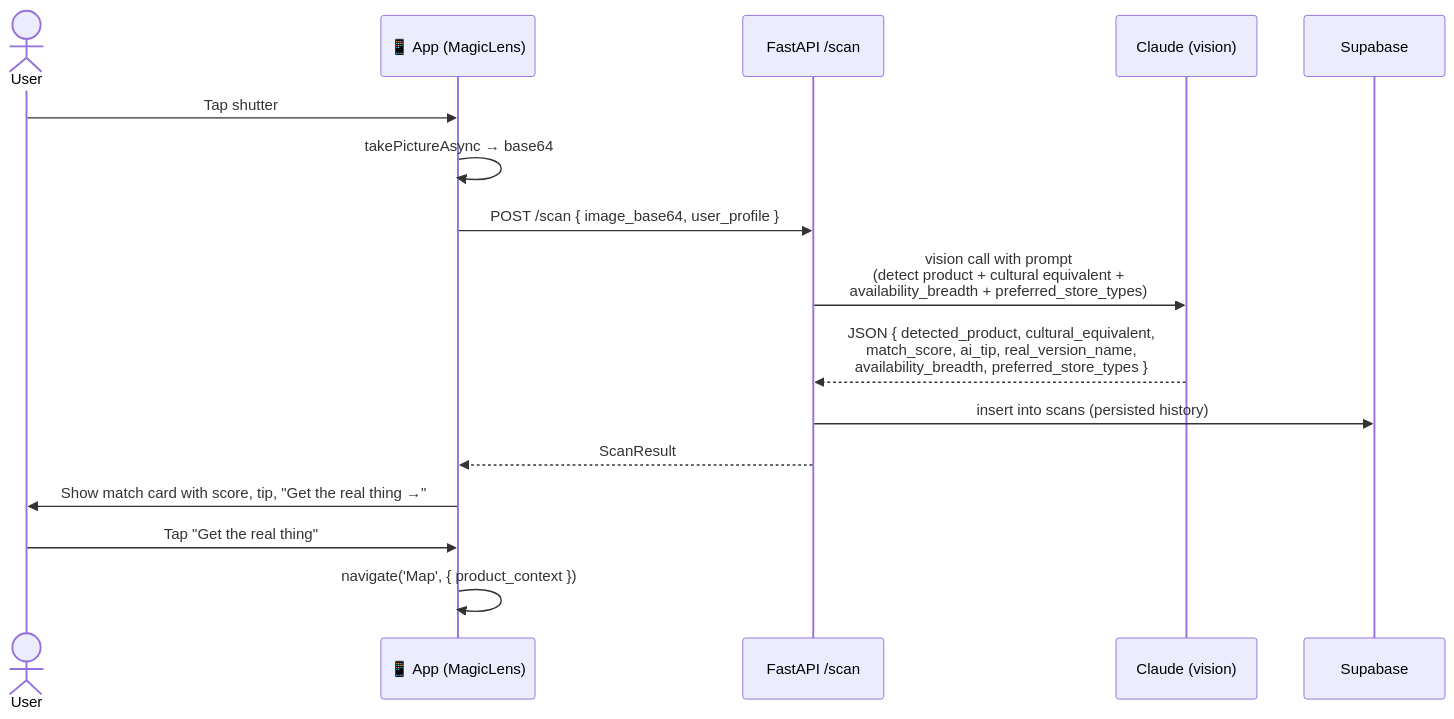
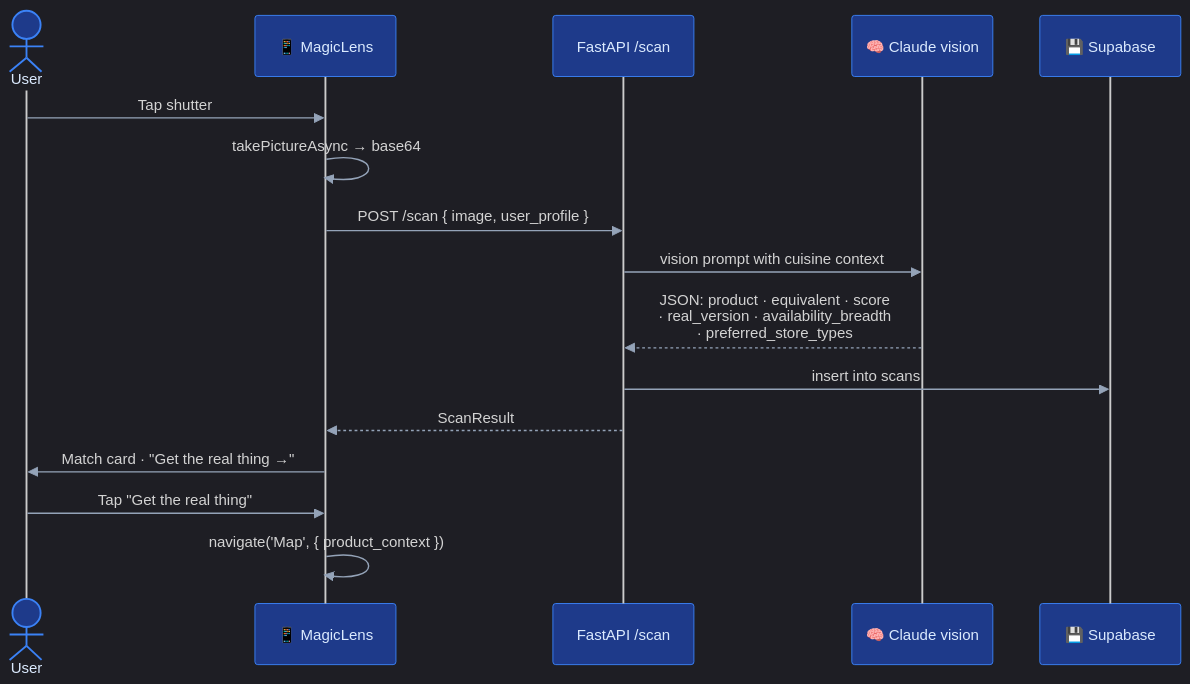
Before and after one commit to p-kowadkar/HomeCart: the second of 5 diagrams in README.md, drawn with Mermaid. The commit also changed other lines of this file, not shown here.

First line of the commit message:
Polish README diagrams: dark theme + color-coded categories

````diff
--- a/README.md
+++ b/README.md
@@ -71,19 +87,20 @@
 ```mermaid
+%%{init: {'theme':'dark', 'themeVariables': {'fontSize':'13px', 'fontFamily':'-apple-system, system-ui, sans-serif', 'actorBkg':'#1E3A8A', 'actorBorder':'#3B82F6', 'actorTextColor':'#DBEAFE', 'noteBkgColor':'#1F2937', 'noteBorderColor':'#475569', 'signalColor':'#94A3B8'}}}%%
 sequenceDiagram
     actor User
-    participant App as 📱 App (MagicLens)
+    participant App as 📱 MagicLens
     participant API as FastAPI /scan
-    participant LLM as Claude (vision)
-    participant DB as Supabase
+    participant LLM as 🧠 Claude vision
+    participant DB as 💾 Supabase
 
     User->>App: Tap shutter
     App->>App: takePictureAsync → base64
-    App->>API: POST /scan { image_base64, user_profile }
-    API->>LLM: vision call with prompt<br/>(detect product + cultural equivalent +<br/>availability_breadth + preferred_store_types)
-    LLM-->>API: JSON { detected_product, cultural_equivalent,<br/>match_score, ai_tip, real_version_name,<br/>availability_breadth, preferred_store_types }
-    API->>DB: insert into scans (persisted history)
+    App->>API: POST /scan { image, user_profile }
+    API->>LLM: vision prompt with cuisine context
+    LLM-->>API: JSON: product · equivalent · score<br/>· real_version · availability_breadth<br/>· preferred_store_types
+    API->>DB: insert into scans
     API-->>App: ScanResult
-    App->>User: Show match card with score, tip, "Get the real thing →"
+    App->>User: Match card · "Get the real thing →"
     User->>App: Tap "Get the real thing"
     App->>App: navigate('Map', { product_context })
 ```
````
